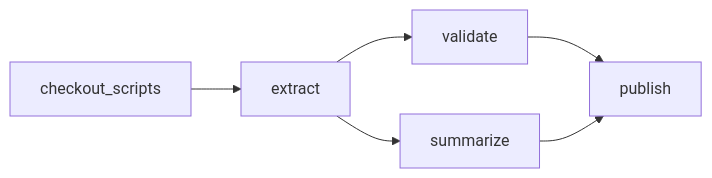
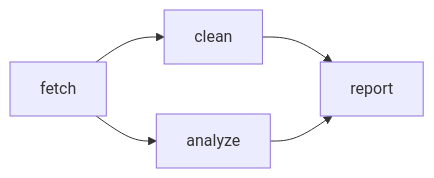
Before and after one commit to dagu-org/docs: the diagram in writing-workflows/index.md, drawn with Mermaid. The commit also changed other lines of this file, not shown here.

````diff
--- a/writing-workflows/index.md
+++ b/writing-workflows/index.md
@@ -74,8 +59,7 @@
 ```mermaid
 graph LR
-  checkout_scripts --> extract
-  extract --> validate
-  extract --> summarize
-  validate --> publish
-  summarize --> publish
+  fetch --> clean
+  fetch --> analyze
+  clean --> report
+  analyze --> report
 ```
````
